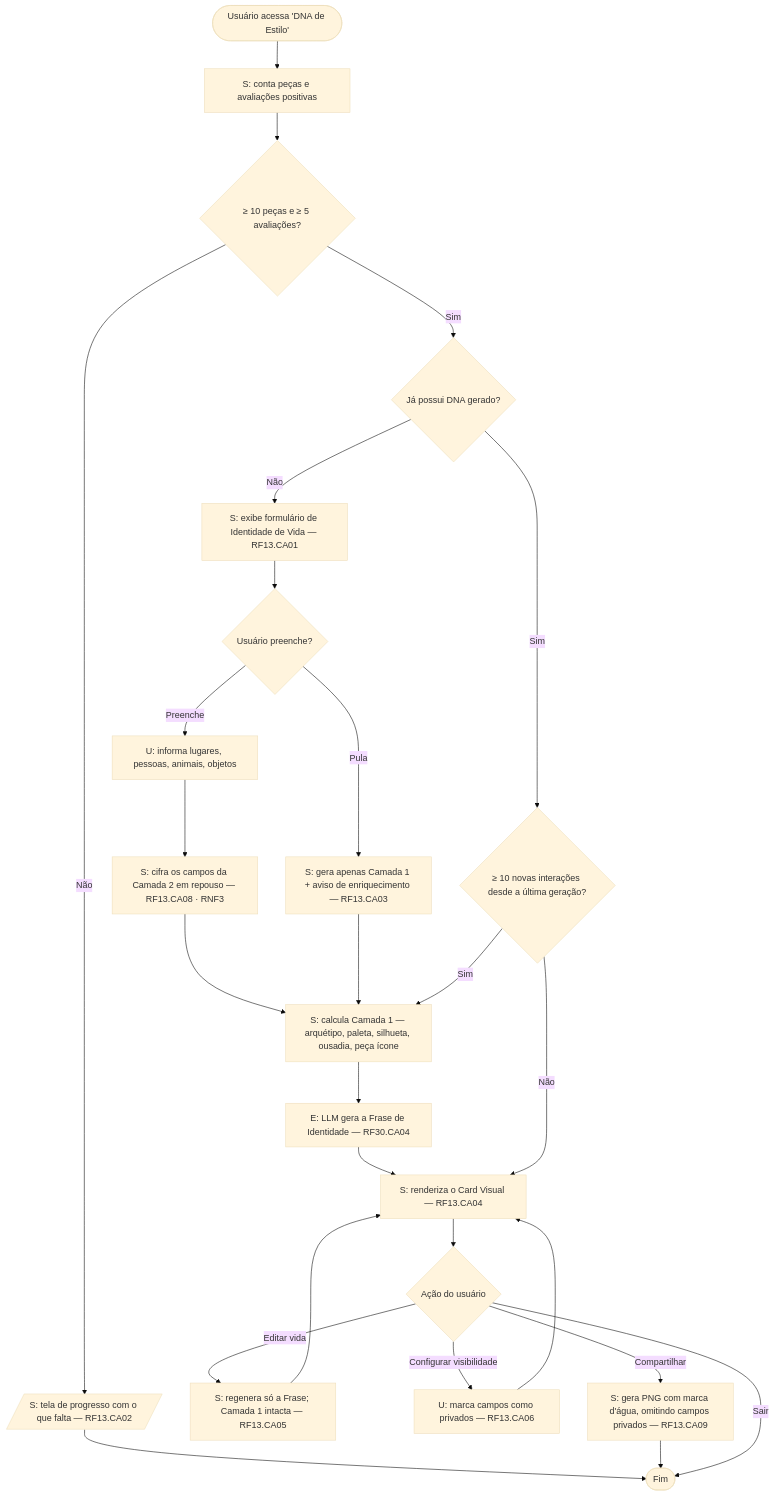
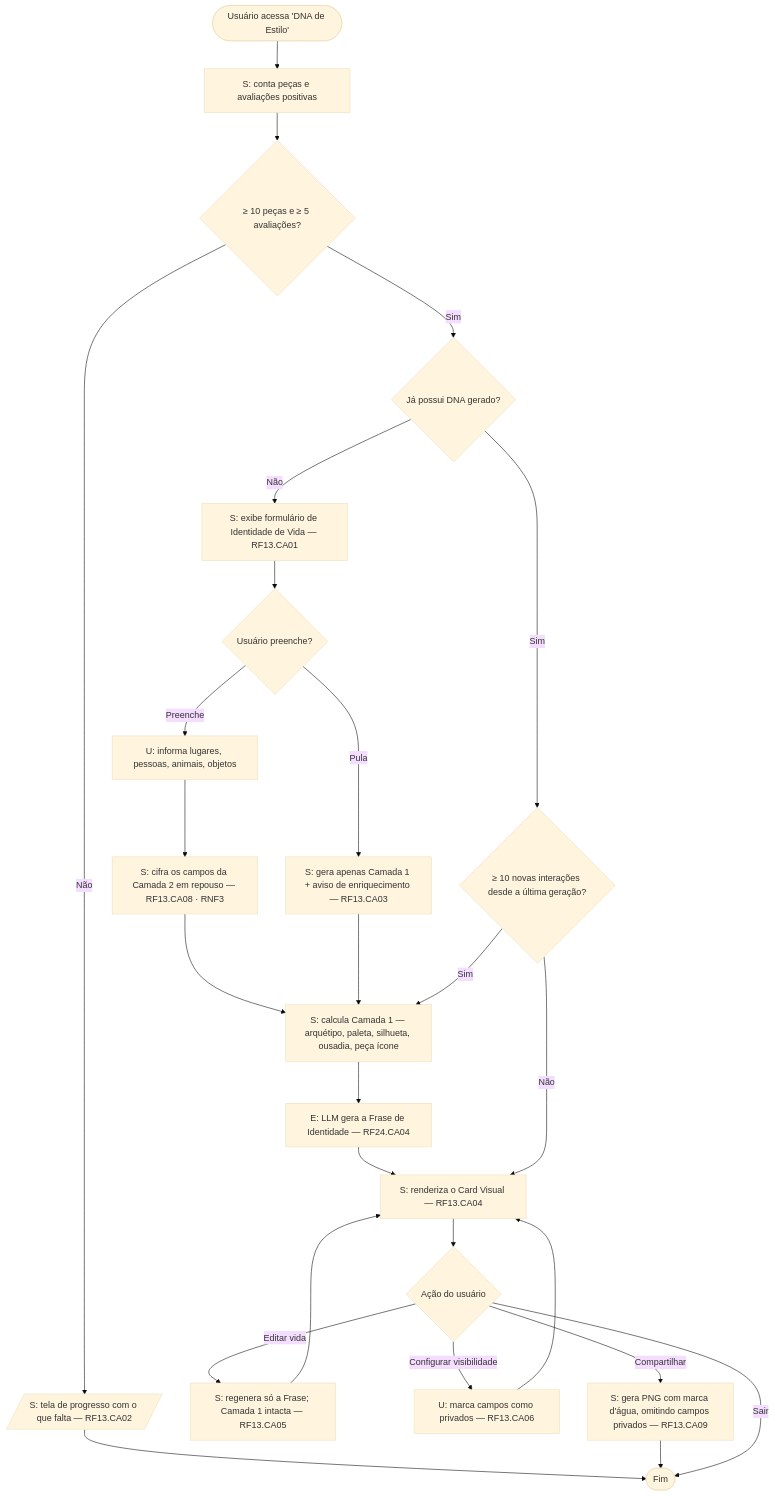
One commit to MatheusHaliski/SAI-TCC-2026 changed the second of 23 diagrams in docs/novo-projeto/05-diagramas-atividade.md. Above: the diagram before and after it, drawn with Mermaid (base theme). The commit also changed other lines of this file and 7 other files, not shown here.

First line of the commit message:
docs: fecha a cobertura de diagramas de atividade e renumera RF30 para RF24

````diff
--- a/docs/novo-projeto/05-diagramas-atividade.md
+++ b/docs/novo-projeto/05-diagramas-atividade.md
@@ -40,24 +40,24 @@
 ```mermaid
 flowchart TD
     A([Usuário acessa 'DNA de Estilo']) --> B[S: conta peças e avaliações positivas]
     B --> C{≥ 10 peças e ≥ 5 avaliações?}
     C -- Não --> D[/S: tela de progresso com o que falta — RF13.CA02/] --> Z([Fim])
     C -- Sim --> E{Já possui DNA gerado?}
     E -- Não --> F[S: exibe formulário de Identidade de Vida — RF13.CA01]
     F --> G{Usuário preenche?}
     G -- Pula --> H[S: gera apenas Camada 1 + aviso de enriquecimento — RF13.CA03]
     G -- Preenche --> I[U: informa lugares, pessoas, animais, objetos]
     I --> J[S: cifra os campos da Camada 2 em repouso — RF13.CA08 · RNF3]
     J --> K[S: calcula Camada 1 — arquétipo, paleta, silhueta, ousadia, peça ícone]
     H --> K
-    K --> L[E: LLM gera a Frase de Identidade — RF30.CA04]
+    K --> L[E: LLM gera a Frase de Identidade — RF24.CA04]
     L --> M[S: renderiza o Card Visual — RF13.CA04]
     E -- Sim --> N{≥ 10 novas interações desde a última geração?}
     N -- Sim --> K
     N -- Não --> M
     M --> O{Ação do usuário}
     O -- Editar vida --> P[S: regenera só a Frase; Camada 1 intacta — RF13.CA05] --> M
     O -- Configurar visibilidade --> Q[U: marca campos como privados — RF13.CA06] --> M
     O -- Compartilhar --> R[S: gera PNG com marca d'água, omitindo campos privados — RF13.CA09] --> Z
     O -- Sair --> Z
 ```
````
